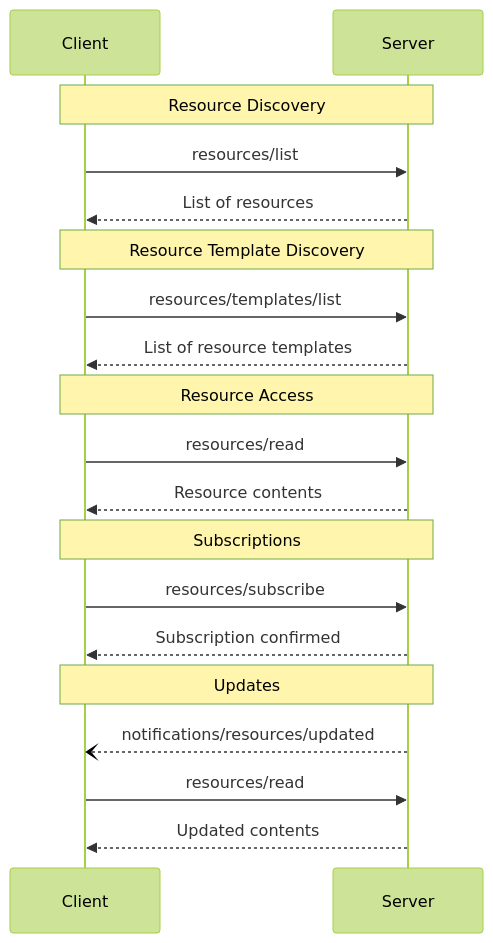
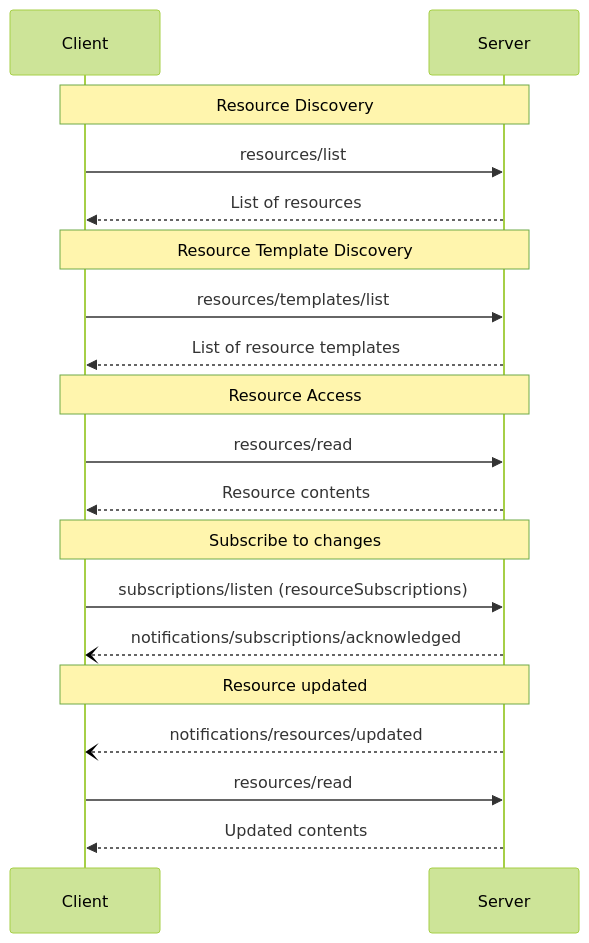
The diagram in mcp-typescript/references/repos/modelcontextprotocol/docs/specification/draft/server/resources.mdx (maguroid/skills), drawn with Mermaid (forest theme) before and after one commit. The commit also changed other lines of this file and 2208 other files, not shown here.

````diff
--- a/mcp-typescript/references/repos/modelcontextprotocol/docs/specification/draft/server/resources.mdx
+++ b/mcp-typescript/references/repos/modelcontextprotocol/docs/specification/draft/server/resources.mdx
@@ -255,26 +271,26 @@
 ```mermaid
 sequenceDiagram
     participant Client
     participant Server
 
     Note over Client,Server: Resource Discovery
     Client->>Server: resources/list
     Server-->>Client: List of resources
 
     Note over Client,Server: Resource Template Discovery
     Client->>Server: resources/templates/list
     Server-->>Client: List of resource templates
 
     Note over Client,Server: Resource Access
     Client->>Server: resources/read
     Server-->>Client: Resource contents
 
-    Note over Client,Server: Subscriptions
-    Client->>Server: resources/subscribe
-    Server-->>Client: Subscription confirmed
+    Note over Client,Server: Subscribe to changes
+    Client->>Server: subscriptions/listen (resourceSubscriptions)
+    Server--)Client: notifications/subscriptions/acknowledged
 
-    Note over Client,Server: Updates
+    Note over Client,Server: Resource updated
     Server--)Client: notifications/resources/updated
     Client->>Server: resources/read
     Server-->>Client: Updated contents
 ```
````
